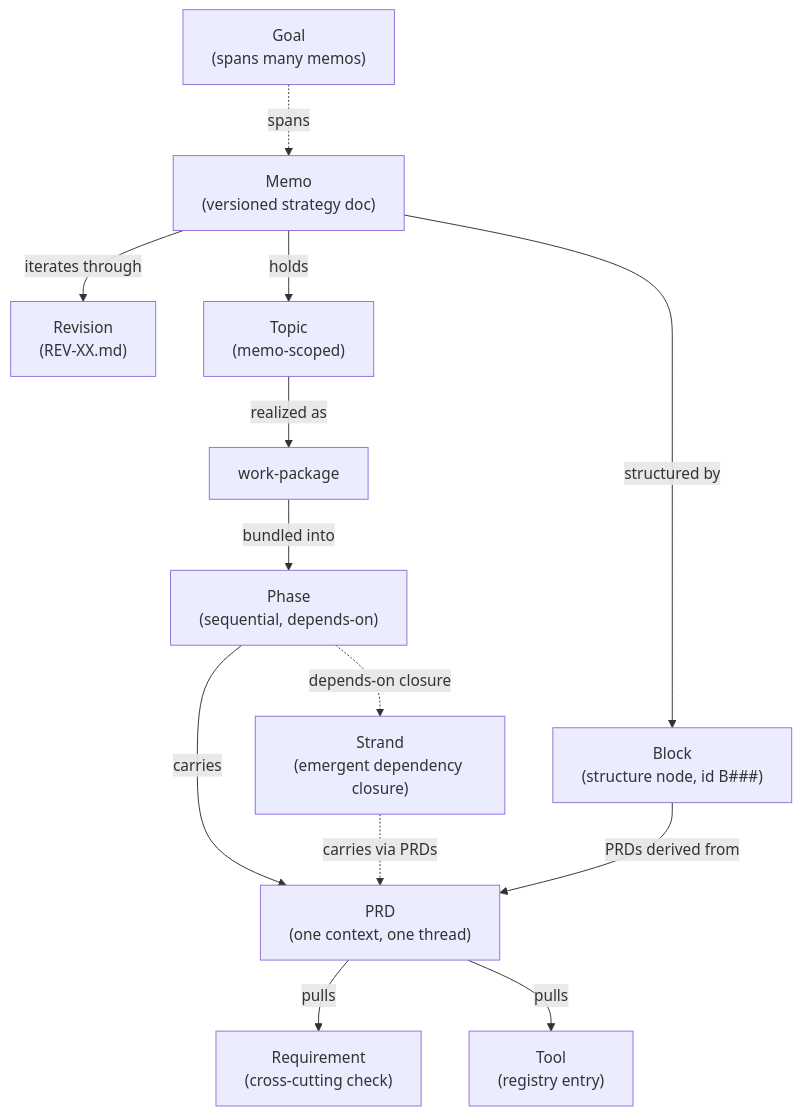
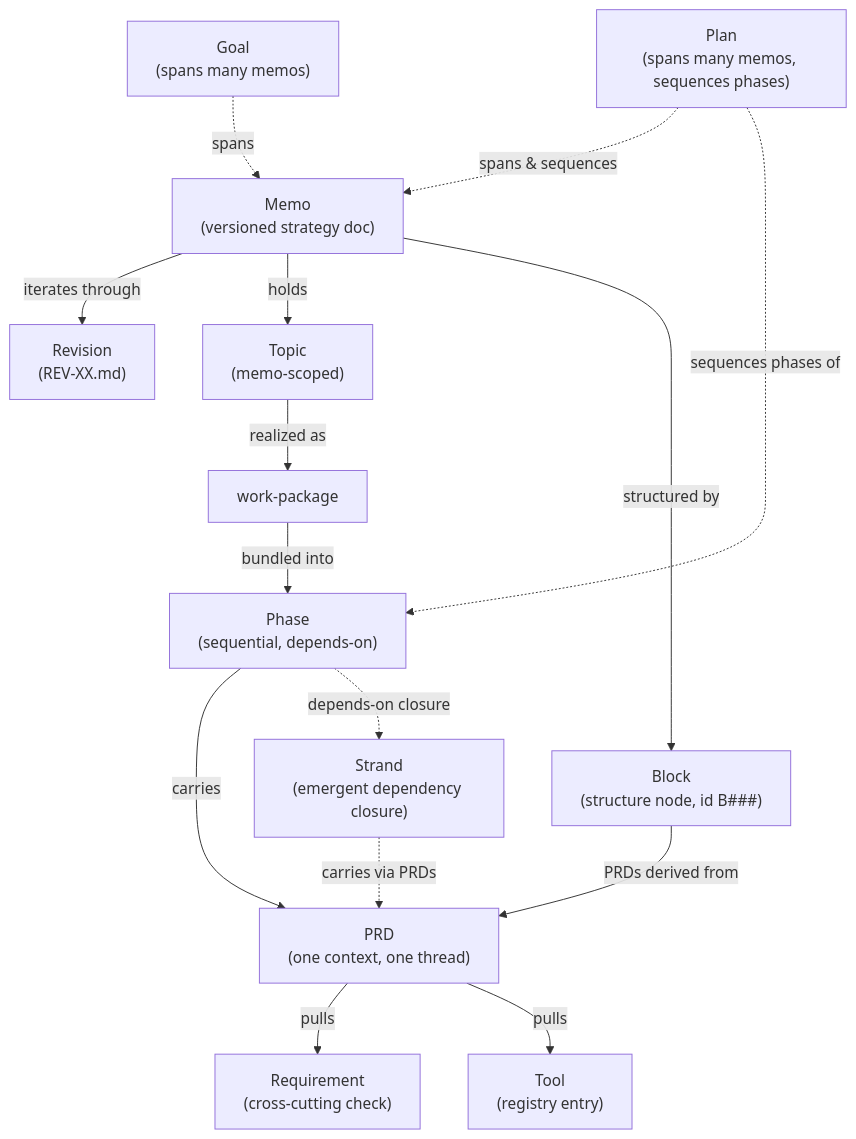
Before and after one commit to Memo-Init/spec: the first of 4 diagrams in spec/v0.1.0/30-primitives.md, drawn with Mermaid. The commit also changed other lines of this file and 14 other files, not shown here.

````diff
--- a/spec/v0.1.0/30-primitives.md
+++ b/spec/v0.1.0/30-primitives.md
@@ -19,27 +19,30 @@
 ```mermaid
 flowchart TD
     GOAL["Goal<br/>(spans many memos)"]
     MEMO["Memo<br/>(versioned strategy doc)"]
     REV["Revision<br/>(REV-XX.md)"]
     TOPIC["Topic<br/>(memo-scoped)"]
     BLOCK["Block<br/>(structure node, id B###)"]
     WP["work-package"]
     PHASE["Phase<br/>(sequential, depends-on)"]
     PRD["PRD<br/>(one context, one thread)"]
     STRAND["Strand<br/>(emergent dependency closure)"]
     REQ["Requirement<br/>(cross-cutting check)"]
     TOOL["Tool<br/>(registry entry)"]
+    PLAN["Plan<br/>(spans many memos, sequences phases)"]
 
     GOAL -.->|spans| MEMO
+    PLAN -.->|spans & sequences| MEMO
+    PLAN -. sequences phases of .-> PHASE
     MEMO -->|iterates through| REV
     MEMO -->|holds| TOPIC
     MEMO -->|structured by| BLOCK
     TOPIC -->|realized as| WP
     WP -->|bundled into| PHASE
     PHASE -->|carries| PRD
     BLOCK -->|PRDs derived from| PRD
     PHASE -. depends-on closure .-> STRAND
     STRAND -. carries via PRDs .-> PRD
     PRD -->|pulls| REQ
     PRD -->|pulls| TOOL
 ```
````
